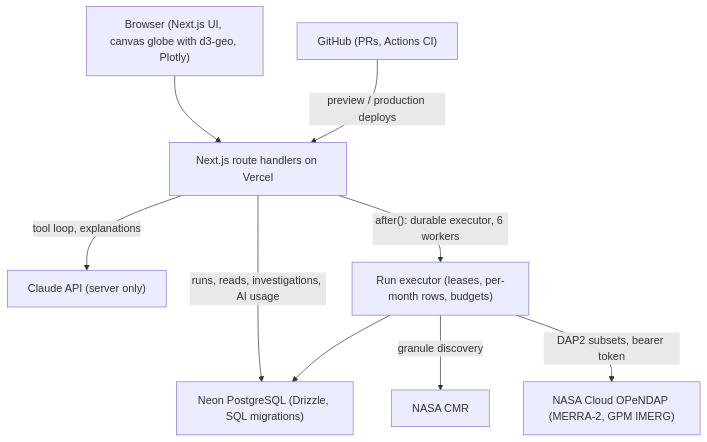
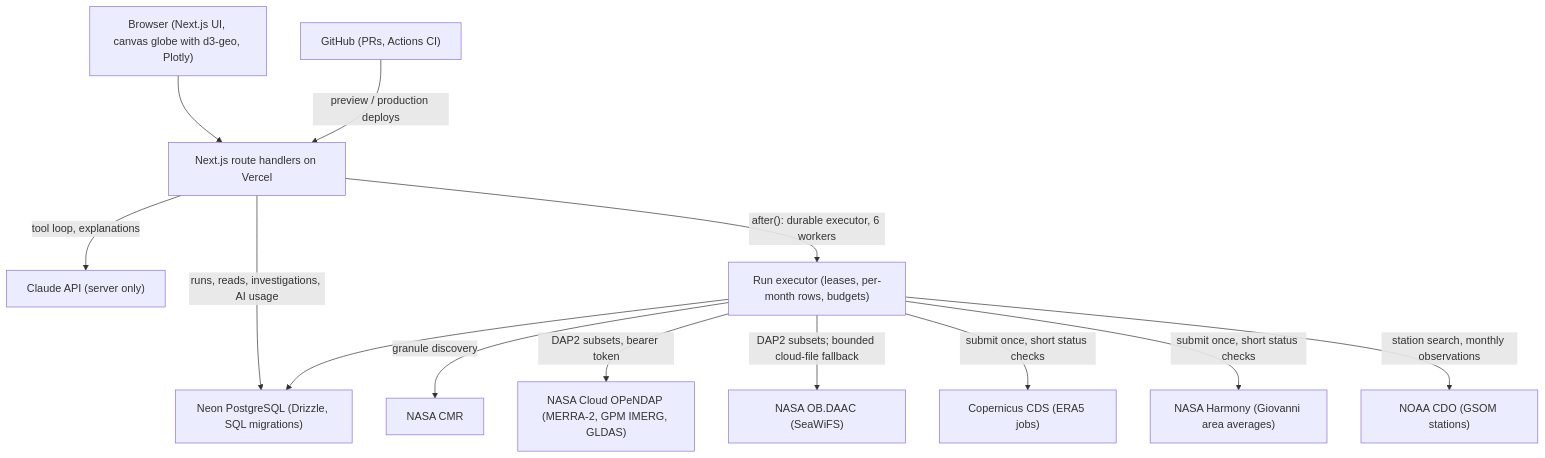
One commit to MariaAlejandraBoadaRodriguez/cryonova changed the diagram in README.md. Above: the diagram before and after it, drawn with Mermaid. The commit also changed other lines of this file and 2 other files, not shown here.

First line of the commit message:
docs: connectors, per-PR Neon branches and the real CDS queue times

````diff
--- a/README.md
+++ b/README.md
@@ -37,11 +38,15 @@
 ```mermaid
 flowchart TD
   Browser["Browser (Next.js UI, canvas globe with d3-geo, Plotly)"] --> Web["Next.js route handlers on Vercel"]
   Web -->|"tool loop, explanations"| Claude["Claude API (server only)"]
   Web -->|"runs, reads, investigations, AI usage"| Neon["Neon PostgreSQL (Drizzle, SQL migrations)"]
   Web -->|"after(): durable executor, 6 workers"| Runner["Run executor (leases, per-month rows, budgets)"]
   Runner -->|"granule discovery"| CMR["NASA CMR"]
-  Runner -->|"DAP2 subsets, bearer token"| OPeNDAP["NASA Cloud OPeNDAP (MERRA-2, GPM IMERG)"]
+  Runner -->|"DAP2 subsets, bearer token"| OPeNDAP["NASA Cloud OPeNDAP (MERRA-2, GPM IMERG, GLDAS)"]
+  Runner -->|"DAP2 subsets; bounded cloud-file fallback"| OBDAAC["NASA OB.DAAC (SeaWiFS)"]
+  Runner -->|"submit once, short status checks"| CDS["Copernicus CDS (ERA5 jobs)"]
+  Runner -->|"submit once, short status checks"| Harmony["NASA Harmony (Giovanni area averages)"]
+  Runner -->|"station search, monthly observations"| NOAA["NOAA CDO (GSOM stations)"]
   Runner --> Neon
   GitHub["GitHub (PRs, Actions CI)"] -->|"preview / production deploys"| Web
 ```
````
